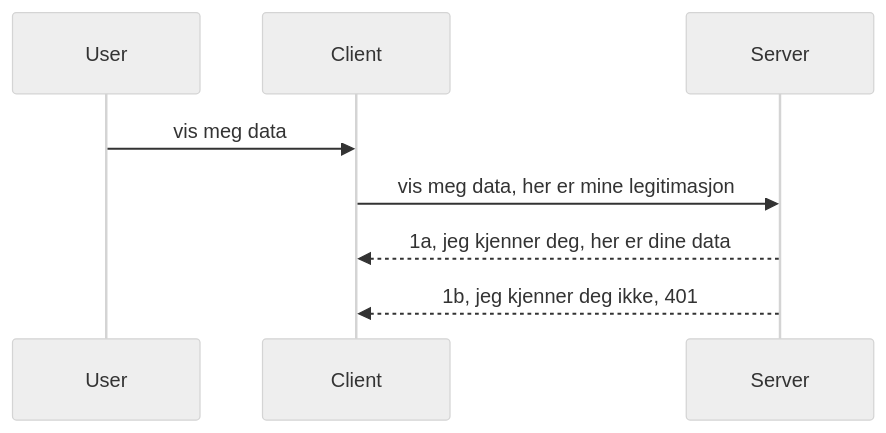
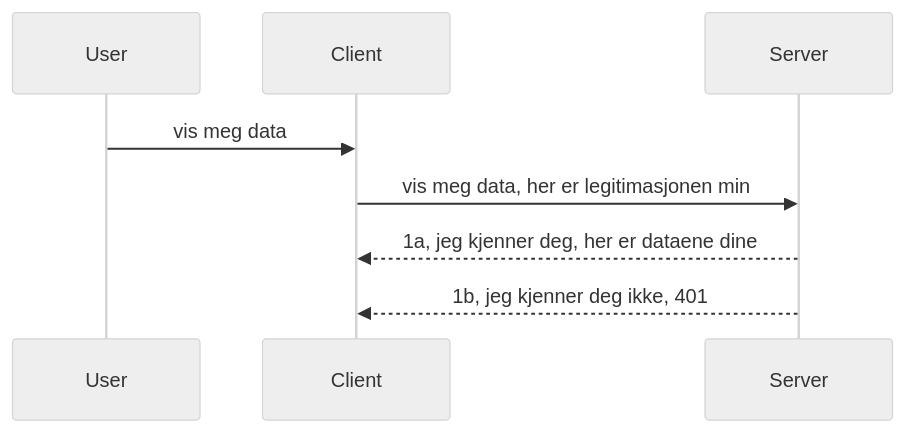
One commit to HIDORAKAI002/ai-workspace-archive changed the diagram in mcp_ecosystem__model_context_protocol/mcp_learning_resources/mcp-for-beginners/translations/no/03-GettingStarted/11-simple-auth/README.md. Above: the diagram before and after it, drawn with Mermaid (neutral theme). The commit also changed other lines of this file and 1160 other files, not shown here.

````diff
--- a/mcp_ecosystem__model_context_protocol/mcp_learning_resources/mcp-for-beginners/translations/no/03-GettingStarted/11-simple-auth/README.md
+++ b/mcp_ecosystem__model_context_protocol/mcp_learning_resources/mcp-for-beginners/translations/no/03-GettingStarted/11-simple-auth/README.md
@@ -24,11 +24,11 @@
 ```mermaid
 sequenceDiagram
    participant User
    participant Client
    participant Server
 
    User->>Client: vis meg data
-   Client->>Server: vis meg data, her er mine legitimasjon
-   Server-->>Client: 1a, jeg kjenner deg, her er dine data
+   Client->>Server: vis meg data, her er legitimasjonen min
+   Server-->>Client: 1a, jeg kjenner deg, her er dataene dine
    Server-->>Client: 1b, jeg kjenner deg ikke, 401 
 ```
````
